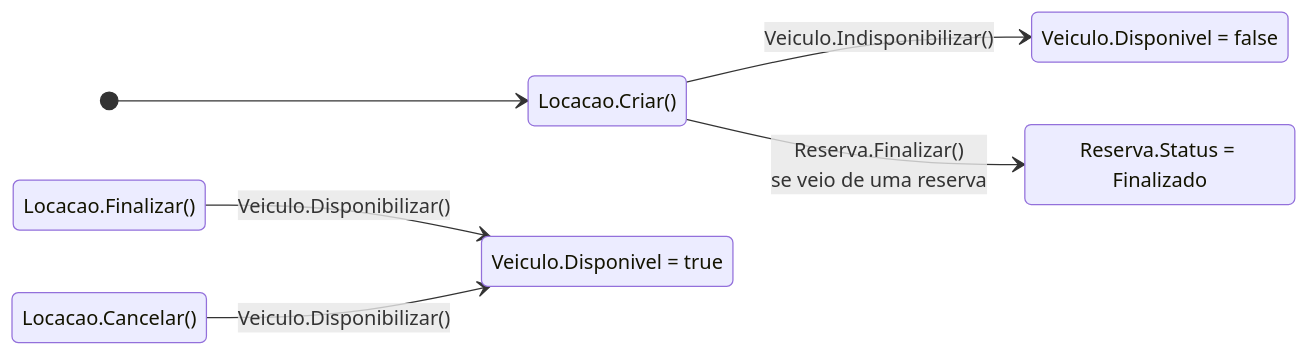
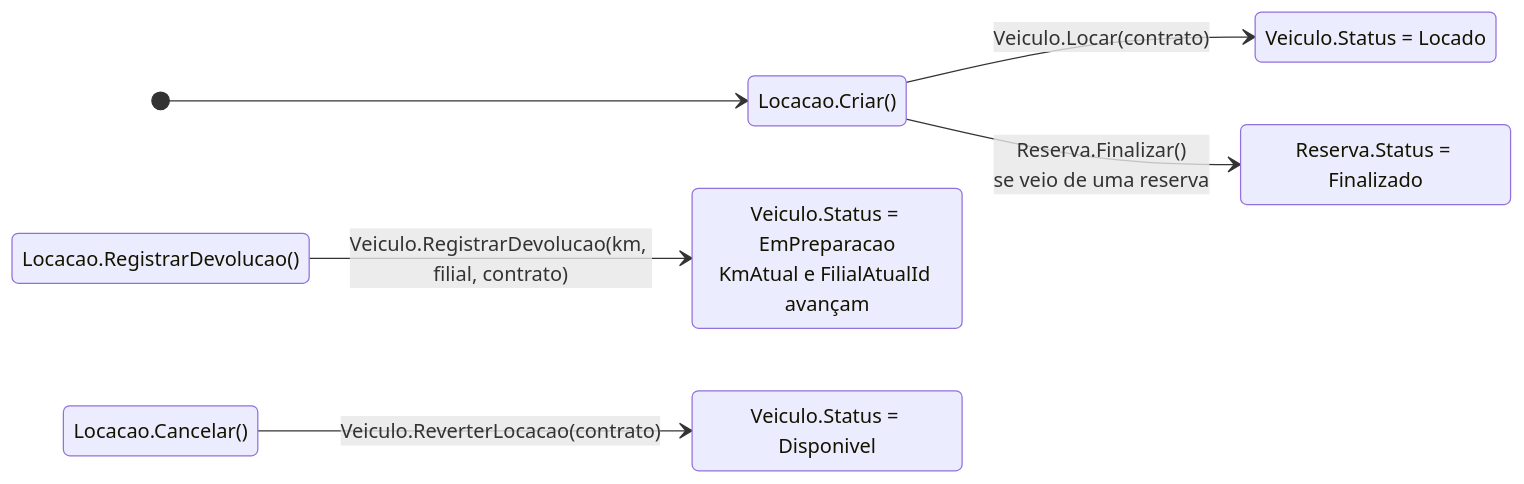
Before and after one commit to andreo210/Locadora_Auto: the second of 11 diagrams in docs/05-maquinas-de-estado.md, drawn with Mermaid. The commit also changed other lines of this file and 3 other files, not shown here.

````diff
--- a/docs/05-maquinas-de-estado.md
+++ b/docs/05-maquinas-de-estado.md
@@ -83,18 +83,19 @@
 ```mermaid
 stateDiagram-v2
     direction LR
 
     state "Locacao.Criar()" as Criar
-    state "Locacao.Finalizar()" as Fin
+    state "Locacao.RegistrarDevolucao()" as Dev
     state "Locacao.Cancelar()" as Can
 
     [*] --> Criar
-    Criar --> V1 : Veiculo.Indisponibilizar()
+    Criar --> V1 : Veiculo.Locar(contrato)
     Criar --> R1 : Reserva.Finalizar()<br/>se veio de uma reserva
-    Fin --> V2 : Veiculo.Disponibilizar()
-    Can --> V2 : Veiculo.Disponibilizar()
+    Dev --> V2 : Veiculo.RegistrarDevolucao(km, filial, contrato)
+    Can --> V3 : Veiculo.ReverterLocacao(contrato)
 
-    state "Veiculo.Disponivel = false" as V1
-    state "Veiculo.Disponivel = true" as V2
+    state "Veiculo.Status = Locado" as V1
+    state "Veiculo.Status = EmPreparacao<br/>KmAtual e FilialAtualId avançam" as V2
+    state "Veiculo.Status = Disponivel" as V3
     state "Reserva.Status = Finalizado" as R1
 ```
````
